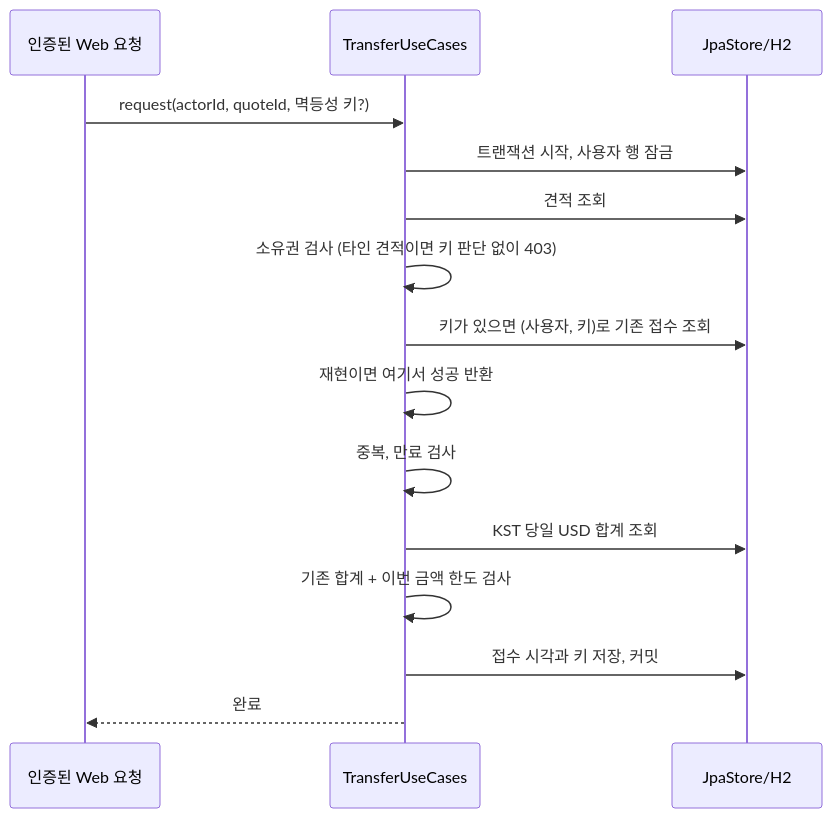
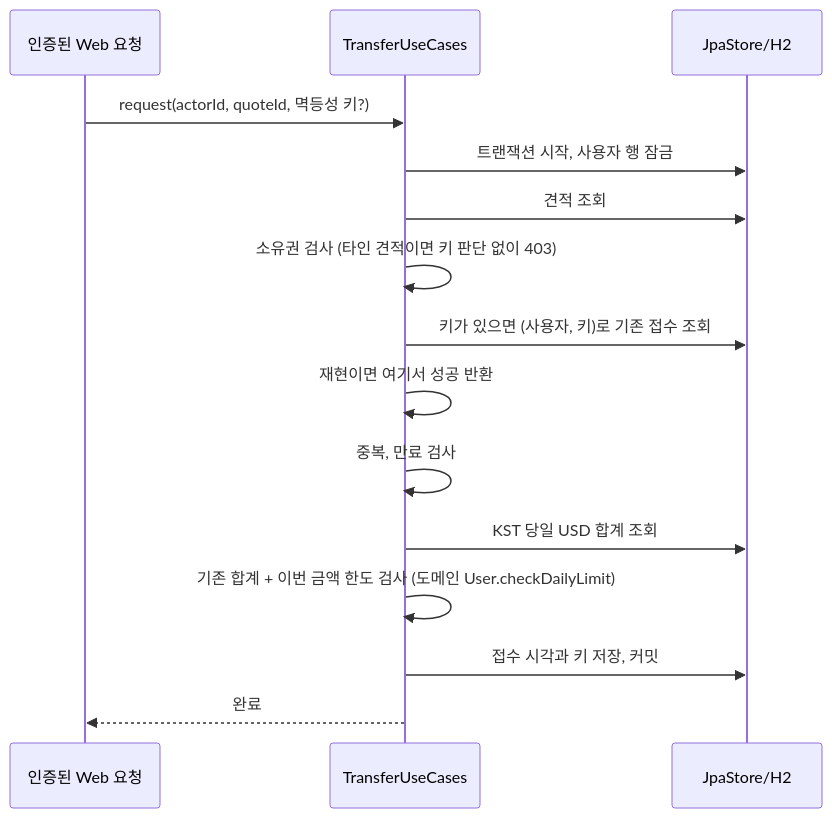
Before and after one commit to ssipflow/GlobalRemittance: the second of 5 diagrams in docs/application/architecture.md, drawn with Mermaid. The commit also changed other lines of this file and 11 other files, not shown here.

Commit message:
refactor: move daily limit, idempotent replay window and KST day rules into the domain

````diff
--- a/docs/application/architecture.md
+++ b/docs/application/architecture.md
@@ -48,17 +48,17 @@
 ```mermaid
 sequenceDiagram
     participant W as 인증된 Web 요청
     participant A as TransferUseCases
     participant P as JpaStore/H2
     W->>A: request(actorId, quoteId, 멱등성 키?)
     A->>P: 트랜잭션 시작, 사용자 행 잠금
     A->>P: 견적 조회
     A->>A: 소유권 검사 (타인 견적이면 키 판단 없이 403)
     A->>P: 키가 있으면 (사용자, 키)로 기존 접수 조회
     A->>A: 재현이면 여기서 성공 반환
     A->>A: 중복, 만료 검사
     A->>P: KST 당일 USD 합계 조회
-    A->>A: 기존 합계 + 이번 금액 한도 검사
+    A->>A: 기존 합계 + 이번 금액 한도 검사 (도메인 User.checkDailyLimit)
     A->>P: 접수 시각과 키 저장, 커밋
     A-->>W: 완료
 ```
````
